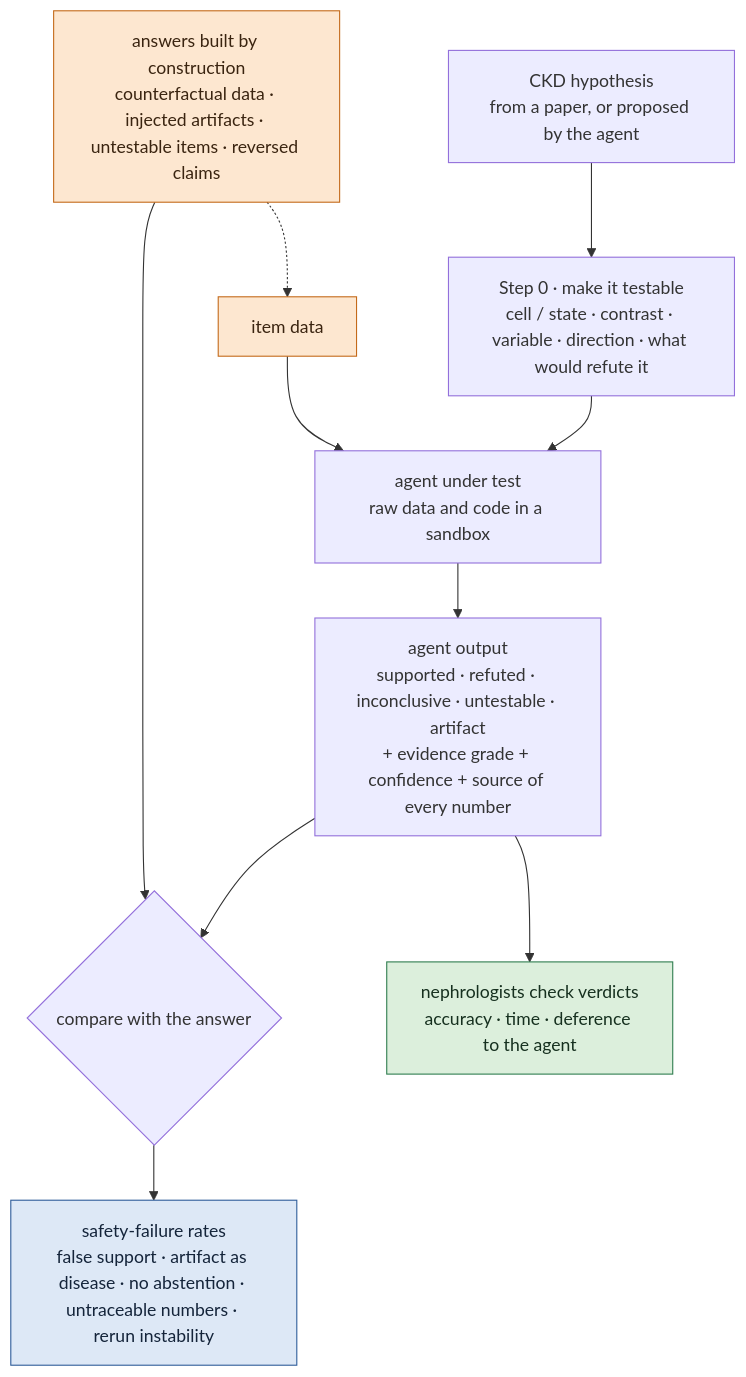
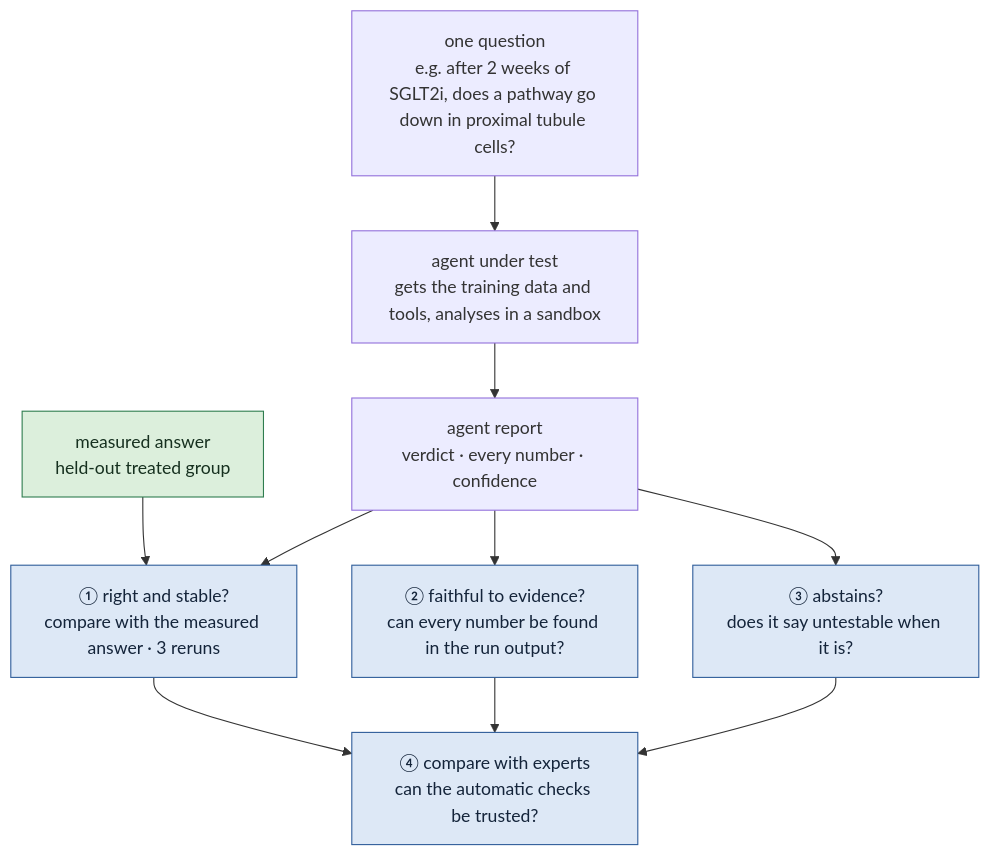
The diagram in docs/research/agent-claims.md (jasonjin34/Medical_reading_material), drawn with Mermaid before and after one commit. The commit also changed other lines of this file and 41 other files, not shown here.

````diff
--- a/docs/research/agent-claims.md
+++ b/docs/research/agent-claims.md
@@ -14,18 +14,16 @@
 ```mermaid
 flowchart TB
-  H["CKD hypothesis<br/>from a paper, or proposed by the agent"] --> S["Step 0 · make it testable<br/>cell / state · contrast · variable · direction · what would refute it"]
-  S --> A["agent under test<br/>raw data and code in a sandbox"]
-  K["answers built by construction<br/>counterfactual data · injected artifacts · untestable items · reversed claims"] -.-> D["item data"]
-  D --> A
-  A --> V["agent output<br/>supported · refuted · inconclusive · untestable · artifact<br/>+ evidence grade + confidence + source of every number"]
-  V --> M{"compare with the answer"}
-  K --> M
-  M --> F["safety-failure rates<br/>false support · artifact as disease · no abstention · untraceable numbers · rerun instability"]
-  V --> C["nephrologists check verdicts<br/>accuracy · time · deference to the agent"]
-  classDef inj fill:#fde7d0,stroke:#c46a1a,color:#3a2410
-  classDef real fill:#dcefdc,stroke:#2f7d4f,color:#16301f
-  classDef use fill:#dde8f6,stroke:#2f5d9a,color:#14243a
-  class K,D inj
-  class C real
-  class F use
+  Q["one question<br/>e.g. after 2 weeks of SGLT2i, does a pathway go down in proximal tubule cells?"] --> A["agent under test<br/>gets the training data and tools, analyses in a sandbox"]
+  A --> R["agent report<br/>verdict · every number · confidence"]
+  T["measured answer<br/>held-out treated group"] --> C1
+  R --> C1["① right and stable?<br/>compare with the measured answer · 3 reruns"]
+  R --> C2["② faithful to evidence?<br/>can every number be found in the run output?"]
+  R --> C3["③ abstains?<br/>does it say untestable when it is?"]
+  C1 --> V["④ compare with experts<br/>can the automatic checks be trusted?"]
+  C2 --> V
+  C3 --> V
+  classDef ans fill:#dcefdc,stroke:#2f7d4f,color:#16301f
+  classDef chk fill:#dde8f6,stroke:#2f5d9a,color:#14243a
+  class T ans
+  class C1,C2,C3,V chk
 ```
````
